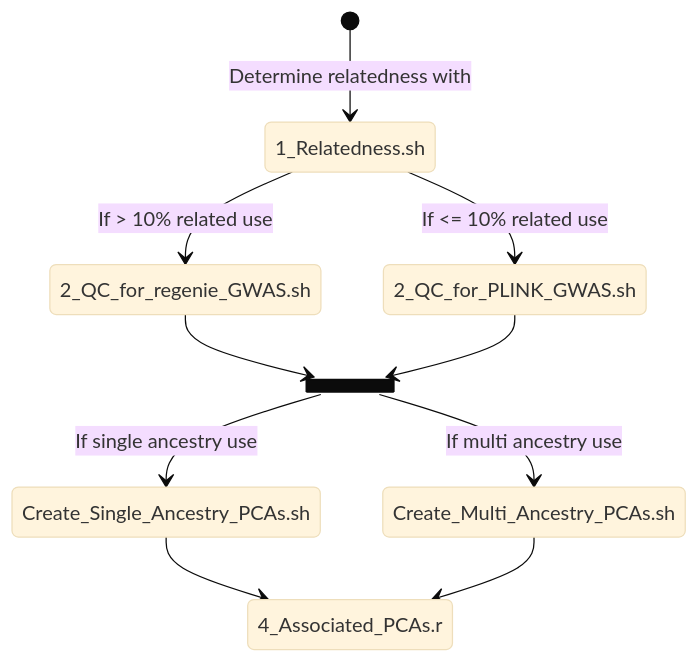
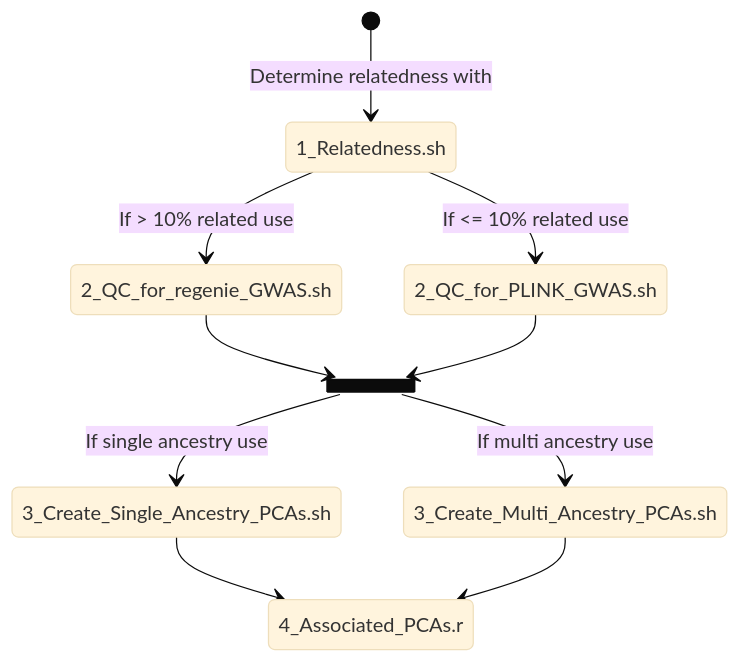
The diagram in README.md (psychiatric-genomics-consortium/sex-stratified-depression), drawn with Mermaid (base theme) before and after one commit.

````diff
--- a/README.md
+++ b/README.md
@@ -14,13 +14,13 @@
 ```mermaid
 stateDiagram-v2
  state anc <<join>>
  [*] --> 1_Relatedness.sh : Determine relatedness with
  1_Relatedness.sh --> 2_QC_for_regenie_GWAS.sh : If > 10% related use
  1_Relatedness.sh --> 2_QC_for_PLINK_GWAS.sh : If <= 10% related use
  2_QC_for_regenie_GWAS.sh --> anc
  2_QC_for_PLINK_GWAS.sh --> anc
- anc --> Create_Single_Ancestry_PCAs.sh : If single ancestry use
- anc --> Create_Multi_Ancestry_PCAs.sh : If multi ancestry use
- Create_Single_Ancestry_PCAs.sh --> 4_Associated_PCAs.r
- Create_Multi_Ancestry_PCAs.sh --> 4_Associated_PCAs.r
+ anc --> 3_Create_Single_Ancestry_PCAs.sh : If single ancestry use
+ anc --> 3_Create_Multi_Ancestry_PCAs.sh : If multi ancestry use
+ 3_Create_Single_Ancestry_PCAs.sh --> 4_Associated_PCAs.r
+ 3_Create_Multi_Ancestry_PCAs.sh --> 4_Associated_PCAs.r
 ```
````
